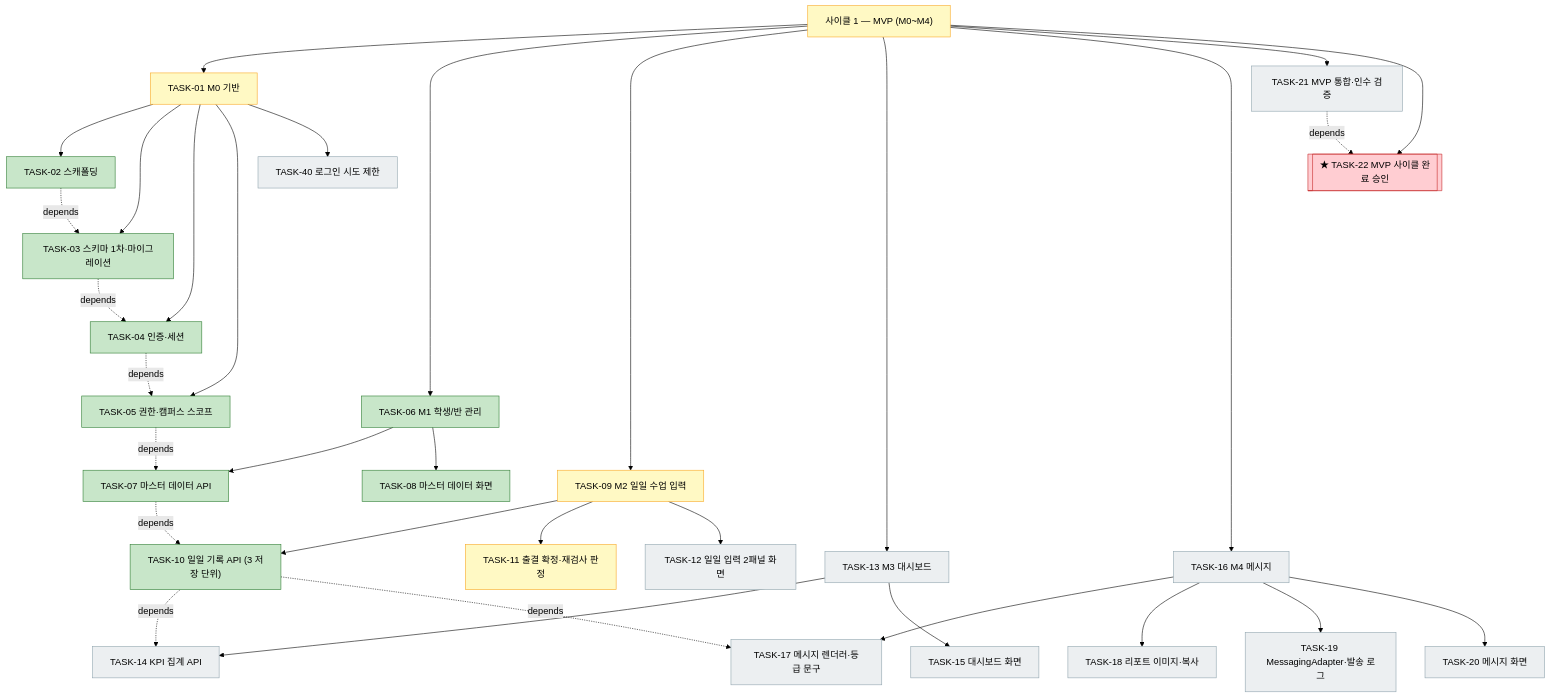
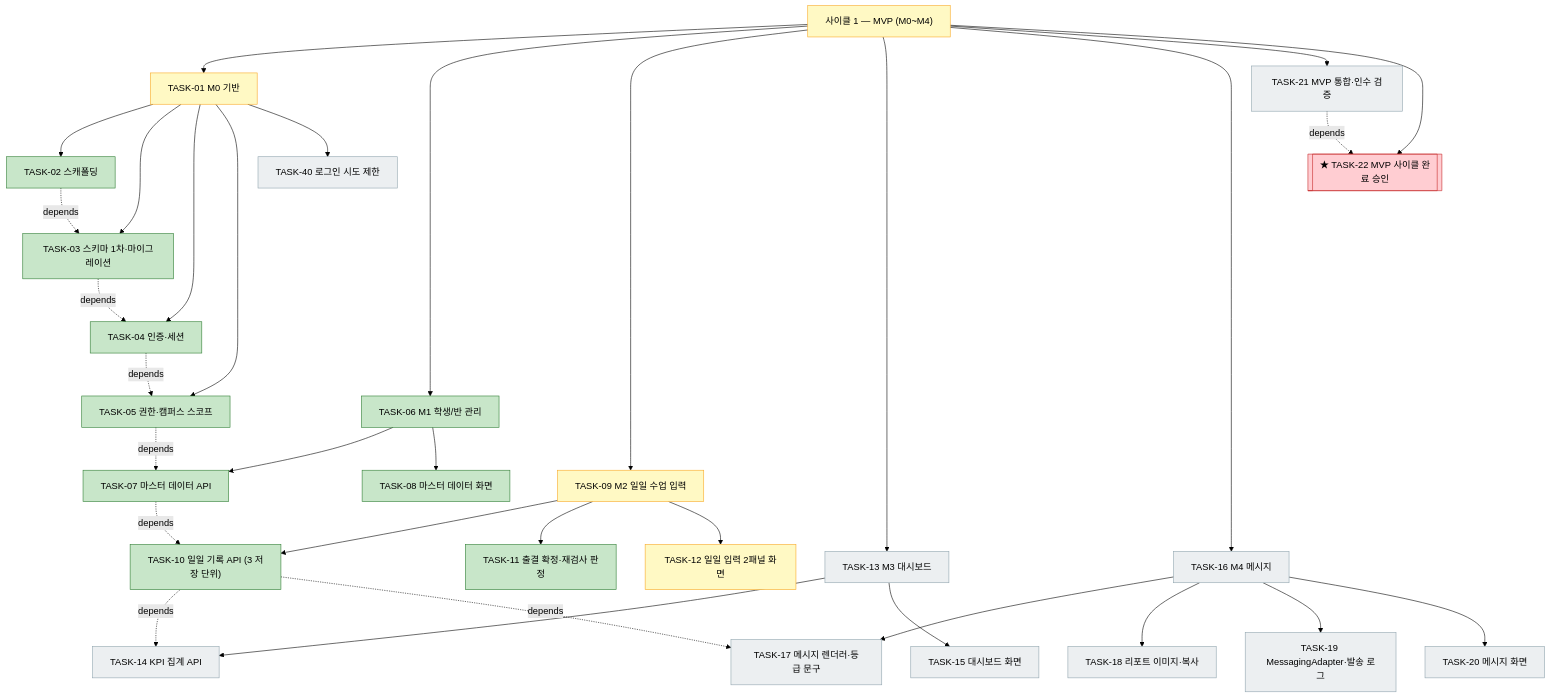
One commit to bluesky5008/mathdesk changed the first of 2 diagrams in docs/plan.md. Above: the diagram before and after it, drawn with Mermaid (forest theme). The commit also changed other lines of this file and 6 other files, not shown here.

First line of the commit message:
feat(daily): TASK-11 출결 확정 잠금과 재검사 대상 판정

````diff
--- a/docs/plan.md
+++ b/docs/plan.md
@@ -100,39 +100,39 @@
 ```mermaid
 flowchart TD
     C1["사이클 1 — MVP (M0~M4)"]:::active
     C1 --> T01["TASK-01 M0 기반"]:::active
     T01 --> T02["TASK-02 스캐폴딩"]:::done
     T01 --> T03["TASK-03 스키마 1차·마이그레이션"]:::done
     T01 --> T04["TASK-04 인증·세션"]:::done
     T01 --> T05["TASK-05 권한·캠퍼스 스코프"]:::done
     T01 --> T40["TASK-40 로그인 시도 제한"]:::todo
     C1 --> T06["TASK-06 M1 학생/반 관리"]:::done
     T06 --> T07["TASK-07 마스터 데이터 API"]:::done
     T06 --> T08["TASK-08 마스터 데이터 화면"]:::done
     C1 --> T09["TASK-09 M2 일일 수업 입력"]:::active
     T09 --> T10["TASK-10 일일 기록 API (3 저장 단위)"]:::done
-    T09 --> T11["TASK-11 출결 확정·재검사 판정"]:::active
-    T09 --> T12["TASK-12 일일 입력 2패널 화면"]:::todo
+    T09 --> T11["TASK-11 출결 확정·재검사 판정"]:::done
+    T09 --> T12["TASK-12 일일 입력 2패널 화면"]:::active
     C1 --> T13["TASK-13 M3 대시보드"]:::todo
     T13 --> T14["TASK-14 KPI 집계 API"]:::todo
     T13 --> T15["TASK-15 대시보드 화면"]:::todo
     C1 --> T16["TASK-16 M4 메시지"]:::todo
     T16 --> T17["TASK-17 메시지 렌더러·등급 문구"]:::todo
     T16 --> T18["TASK-18 리포트 이미지·복사"]:::todo
     T16 --> T19["TASK-19 MessagingAdapter·발송 로그"]:::todo
     T16 --> T20["TASK-20 메시지 화면"]:::todo
     C1 --> T21["TASK-21 MVP 통합·인수 검증"]:::todo
     C1 --> T22[["★ TASK-22 MVP 사이클 완료 승인"]]:::gate
     T02 -. depends .-> T03
     T03 -. depends .-> T04
     T04 -. depends .-> T05
     T05 -. depends .-> T07
     T07 -. depends .-> T10
     T10 -. depends .-> T14
     T10 -. depends .-> T17
     T21 -. depends .-> T22
     classDef done fill:#c8e6c9,stroke:#2e7d32
     classDef active fill:#fff9c4,stroke:#f9a825
     classDef todo fill:#eceff1,stroke:#90a4ae
     classDef gate fill:#ffcdd2,stroke:#c62828
 ```
````
